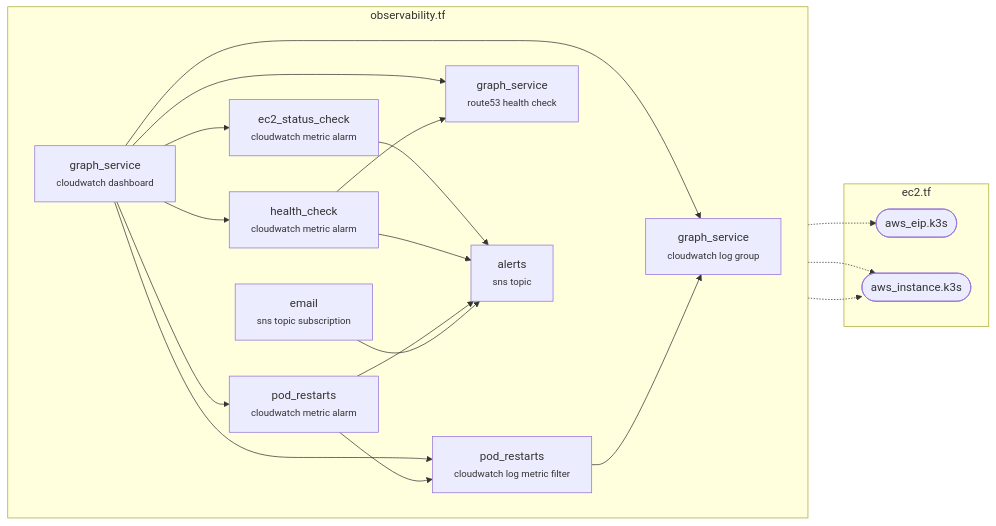
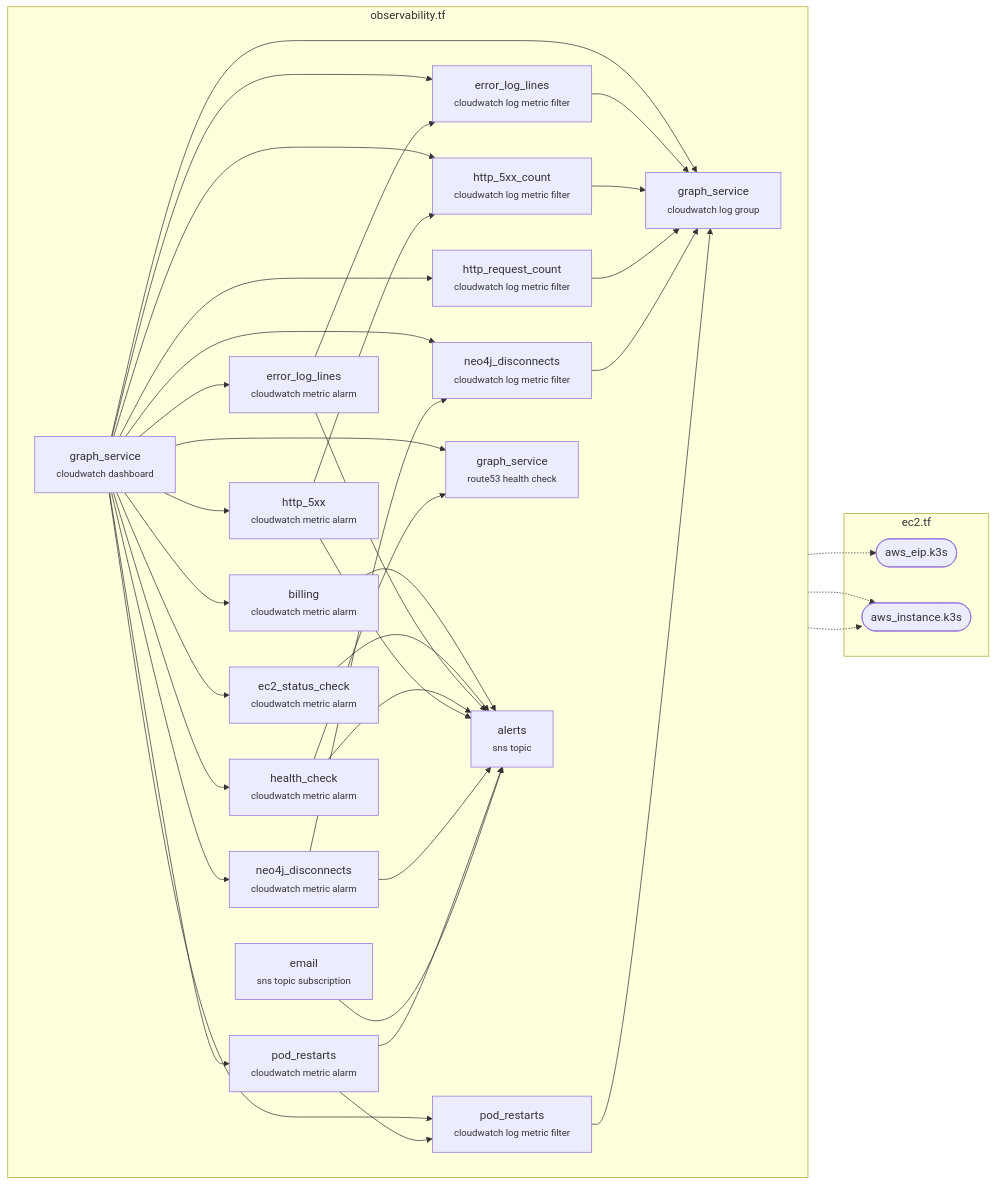
One commit to macamp0328/liner-notes changed the diagram in infra/diagrams/per-file/observability.mmd. Above: the diagram before and after it, drawn with Mermaid. The commit also changed 5 other files, not shown here.

First line of the commit message:
task/147: add log-filter metrics (errors, http 5xx, neo4j disconnects) and a billing alarm (#148)

```diff
--- a/infra/diagrams/per-file/observability.mmd
+++ b/infra/diagrams/per-file/observability.mmd
@@ -1,35 +1,62 @@
 %% Auto-generated by scripts/diagrams/generate.ts — do not edit by hand.
 %% Source: infra/terraform/observability.tf
 flowchart LR
   subgraph this["observability.tf"]
     direction LR
     aws_cloudwatch_log_group_graph_service["graph_service<br/><small>cloudwatch log group</small>"]
     aws_sns_topic_alerts["alerts<br/><small>sns topic</small>"]
     aws_sns_topic_subscription_email["email<br/><small>sns topic subscription</small>"]
     aws_cloudwatch_log_metric_filter_pod_restarts["pod_restarts<br/><small>cloudwatch log metric filter</small>"]
     aws_cloudwatch_metric_alarm_pod_restarts["pod_restarts<br/><small>cloudwatch metric alarm</small>"]
     aws_route53_health_check_graph_service["graph_service<br/><small>route53 health check</small>"]
     aws_cloudwatch_metric_alarm_health_check["health_check<br/><small>cloudwatch metric alarm</small>"]
     aws_cloudwatch_metric_alarm_ec2_status_check["ec2_status_check<br/><small>cloudwatch metric alarm</small>"]
+    aws_cloudwatch_log_metric_filter_error_log_lines["error_log_lines<br/><small>cloudwatch log metric filter</small>"]
+    aws_cloudwatch_metric_alarm_error_log_lines["error_log_lines<br/><small>cloudwatch metric alarm</small>"]
+    aws_cloudwatch_log_metric_filter_http_request_count["http_request_count<br/><small>cloudwatch log metric filter</small>"]
+    aws_cloudwatch_log_metric_filter_http_5xx_count["http_5xx_count<br/><small>cloudwatch log metric filter</small>"]
+    aws_cloudwatch_metric_alarm_http_5xx["http_5xx<br/><small>cloudwatch metric alarm</small>"]
+    aws_cloudwatch_log_metric_filter_neo4j_disconnects["neo4j_disconnects<br/><small>cloudwatch log metric filter</small>"]
+    aws_cloudwatch_metric_alarm_neo4j_disconnects["neo4j_disconnects<br/><small>cloudwatch metric alarm</small>"]
+    aws_cloudwatch_metric_alarm_billing["billing<br/><small>cloudwatch metric alarm</small>"]
     aws_cloudwatch_dashboard_graph_service["graph_service<br/><small>cloudwatch dashboard</small>"]
   end
   subgraph ext_ec2_tf["ec2.tf"]
     aws_eip_k3s(["aws_eip.k3s"])
     aws_instance_k3s(["aws_instance.k3s"])
   end
   aws_cloudwatch_dashboard_graph_service --> aws_cloudwatch_log_group_graph_service
+  aws_cloudwatch_dashboard_graph_service --> aws_cloudwatch_log_metric_filter_error_log_lines
+  aws_cloudwatch_dashboard_graph_service --> aws_cloudwatch_log_metric_filter_http_5xx_count
+  aws_cloudwatch_dashboard_graph_service --> aws_cloudwatch_log_metric_filter_http_request_count
+  aws_cloudwatch_dashboard_graph_service --> aws_cloudwatch_log_metric_filter_neo4j_disconnects
   aws_cloudwatch_dashboard_graph_service --> aws_cloudwatch_log_metric_filter_pod_restarts
+  aws_cloudwatch_dashboard_graph_service --> aws_cloudwatch_metric_alarm_billing
   aws_cloudwatch_dashboard_graph_service --> aws_cloudwatch_metric_alarm_ec2_status_check
+  aws_cloudwatch_dashboard_graph_service --> aws_cloudwatch_metric_alarm_error_log_lines
   aws_cloudwatch_dashboard_graph_service --> aws_cloudwatch_metric_alarm_health_check
+  aws_cloudwatch_dashboard_graph_service --> aws_cloudwatch_metric_alarm_http_5xx
+  aws_cloudwatch_dashboard_graph_service --> aws_cloudwatch_metric_alarm_neo4j_disconnects
   aws_cloudwatch_dashboard_graph_service --> aws_cloudwatch_metric_alarm_pod_restarts
   aws_cloudwatch_dashboard_graph_service -.-> aws_instance_k3s
   aws_cloudwatch_dashboard_graph_service --> aws_route53_health_check_graph_service
+  aws_cloudwatch_log_metric_filter_error_log_lines --> aws_cloudwatch_log_group_graph_service
+  aws_cloudwatch_log_metric_filter_http_5xx_count --> aws_cloudwatch_log_group_graph_service
+  aws_cloudwatch_log_metric_filter_http_request_count --> aws_cloudwatch_log_group_graph_service
+  aws_cloudwatch_log_metric_filter_neo4j_disconnects --> aws_cloudwatch_log_group_graph_service
   aws_cloudwatch_log_metric_filter_pod_restarts --> aws_cloudwatch_log_group_graph_service
+  aws_cloudwatch_metric_alarm_billing --> aws_sns_topic_alerts
   aws_cloudwatch_metric_alarm_ec2_status_check -.-> aws_instance_k3s
   aws_cloudwatch_metric_alarm_ec2_status_check --> aws_sns_topic_alerts
+  aws_cloudwatch_metric_alarm_error_log_lines --> aws_cloudwatch_log_metric_filter_error_log_lines
+  aws_cloudwatch_metric_alarm_error_log_lines --> aws_sns_topic_alerts
   aws_cloudwatch_metric_alarm_health_check --> aws_route53_health_check_graph_service
   aws_cloudwatch_metric_alarm_health_check --> aws_sns_topic_alerts
+  aws_cloudwatch_metric_alarm_http_5xx --> aws_cloudwatch_log_metric_filter_http_5xx_count
+  aws_cloudwatch_metric_alarm_http_5xx --> aws_sns_topic_alerts
+  aws_cloudwatch_metric_alarm_neo4j_disconnects --> aws_cloudwatch_log_metric_filter_neo4j_disconnects
+  aws_cloudwatch_metric_alarm_neo4j_disconnects --> aws_sns_topic_alerts
   aws_cloudwatch_metric_alarm_pod_restarts --> aws_cloudwatch_log_metric_filter_pod_restarts
   aws_cloudwatch_metric_alarm_pod_restarts --> aws_sns_topic_alerts
   aws_route53_health_check_graph_service -.-> aws_eip_k3s
   aws_sns_topic_subscription_email --> aws_sns_topic_alerts
```
